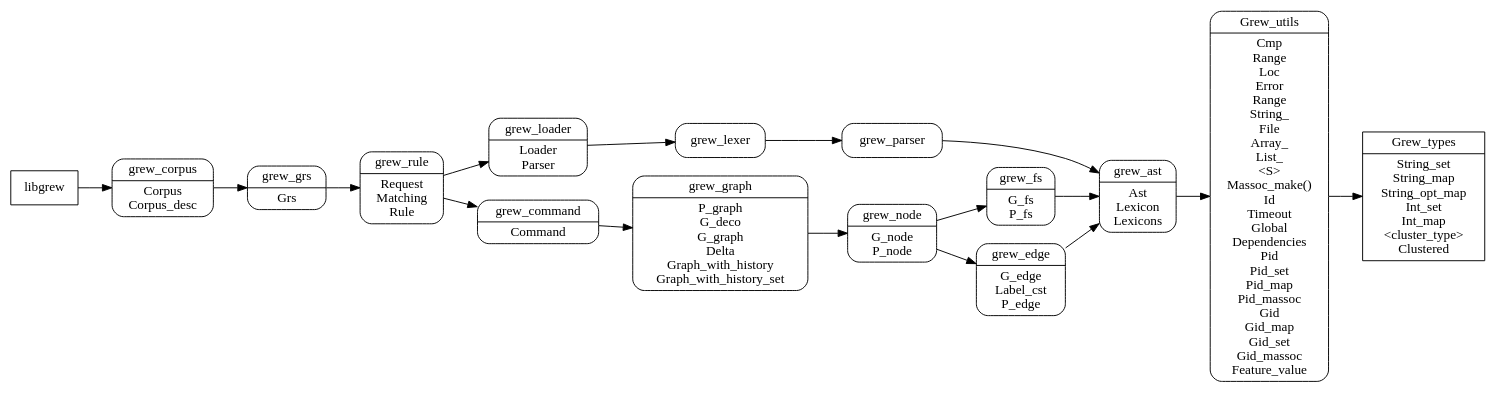
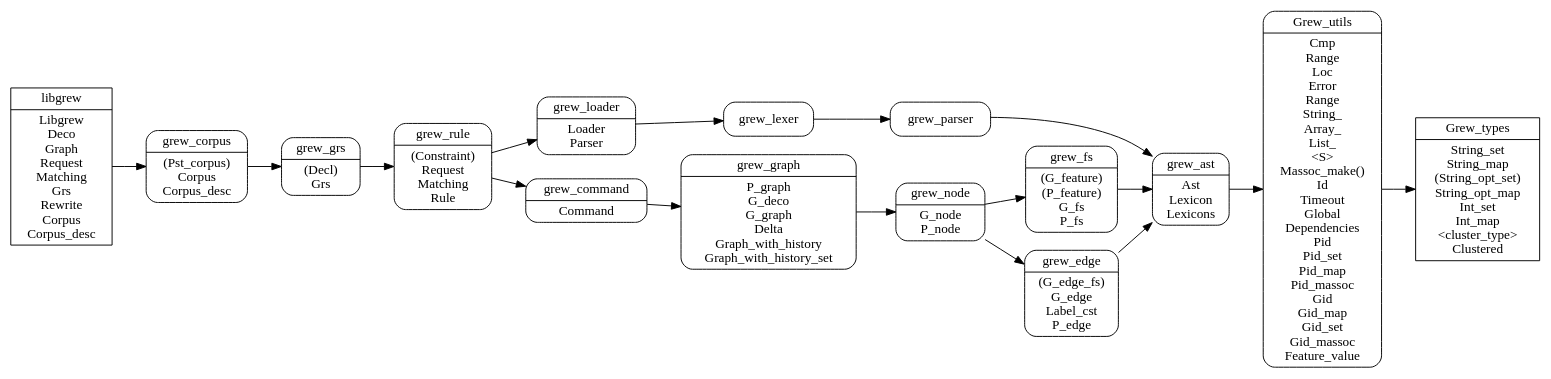
The diagram in dev/arch.dot (grew-nlp/grewlib), drawn with Graphviz before and after one commit. The commit also changed other lines of this file and 7 other files, not shown here.

```diff
--- a/dev/arch.dot
+++ b/dev/arch.dot
@@ -1,30 +1,30 @@
 digraph grew {
   node [shape=Mrecord];
   rankdir = LR;
-  Grew_types [fillcolor=yellow, shape=record, label="Grew_types|String_set\nString_map\nString_opt_map\nInt_set\nInt_map\n&lt;cluster_type&gt;\nClustered"]
-  Grew_utils [label="Grew_utils|Cmp\nRange\nLoc\nError\nRange\nString_\nFile\nArray_\nList_\n&lt;S&gt;\nMassoc_make()\nId\nTimeout\nGlobal\nDependencies\nPid\nPid_set\nPid_map\nPid_massoc\nGid\nGid_map\nGid_set\nGid_massoc\nFeature_value"]
+  Grew_types [fillcolor=yellow, shape=record, label="Grew_types|String_set\nString_map\n(String_opt_set)\nString_opt_map\nInt_set\nInt_map\n&lt;cluster_type&gt;\nClustered"]
+  Grew_utils [label="Grew_utils|Cmp\nRange\nLoc\nError\nRange\nString_\nArray_\nList_\n&lt;S&gt;\nMassoc_make()\nId\nTimeout\nGlobal\nDependencies\nPid\nPid_set\nPid_map\nPid_massoc\nGid\nGid_map\nGid_set\nGid_massoc\nFeature_value"]
   grew_ast [label="grew_ast|Ast\nLexicon\nLexicons"]
   grew_loader [label="grew_loader|Loader\nParser"]
-  grew_fs [label="grew_fs|G_fs\nP_fs"]
-  grew_edge [label="grew_edge|G_edge\nLabel_cst\nP_edge"]
+  grew_fs [label="grew_fs|(G_feature)\n(P_feature)\nG_fs\nP_fs"]
+  grew_edge [label="grew_edge|(G_edge_fs)\nG_edge\nLabel_cst\nP_edge"]
   grew_node [label="grew_node|G_node\nP_node"]
   grew_command [label="grew_command|Command"]
   grew_graph [label="grew_graph|P_graph\nG_deco\nG_graph\nDelta\nGraph_with_history\nGraph_with_history_set"]
-  grew_rule [label="grew_rule|Request\nMatching\nRule"]
-  grew_grs [label="grew_grs|Grs"]
-  grew_corpus [label="grew_corpus|Corpus\nCorpus_desc"]
-  libgrew [fillcolor=yellow, shape=record]
+  grew_rule [label="grew_rule|(Constraint)\nRequest\nMatching\nRule"]
+  grew_grs [label="grew_grs|(Decl)\nGrs"]
+  grew_corpus [label="grew_corpus|(Pst_corpus)\nCorpus\nCorpus_desc"]
+  libgrew [fillcolor=yellow, shape=record, label="libgrew|Libgrew\nDeco\nGraph\nRequest\nMatching\nGrs\nRewrite\nCorpus\nCorpus_desc"]
 grew_ast -> Grew_utils -> Grew_types
 grew_edge -> grew_ast
 grew_fs -> grew_ast
 grew_command -> grew_graph
 grew_node -> grew_edge
 grew_node -> grew_fs
 grew_graph -> grew_node
 grew_rule -> grew_command
 grew_grs -> grew_rule
 grew_rule -> grew_loader -> grew_lexer -> grew_parser -> grew_ast
 grew_corpus -> grew_grs
 libgrew -> grew_corpus
 
 }
```
